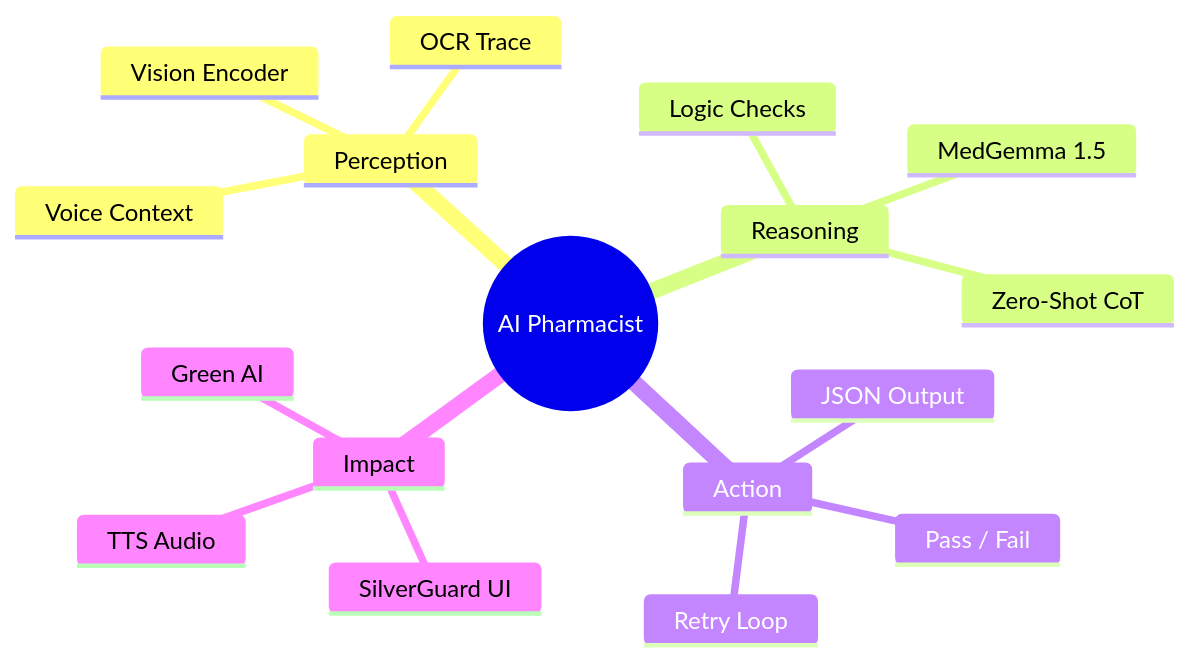
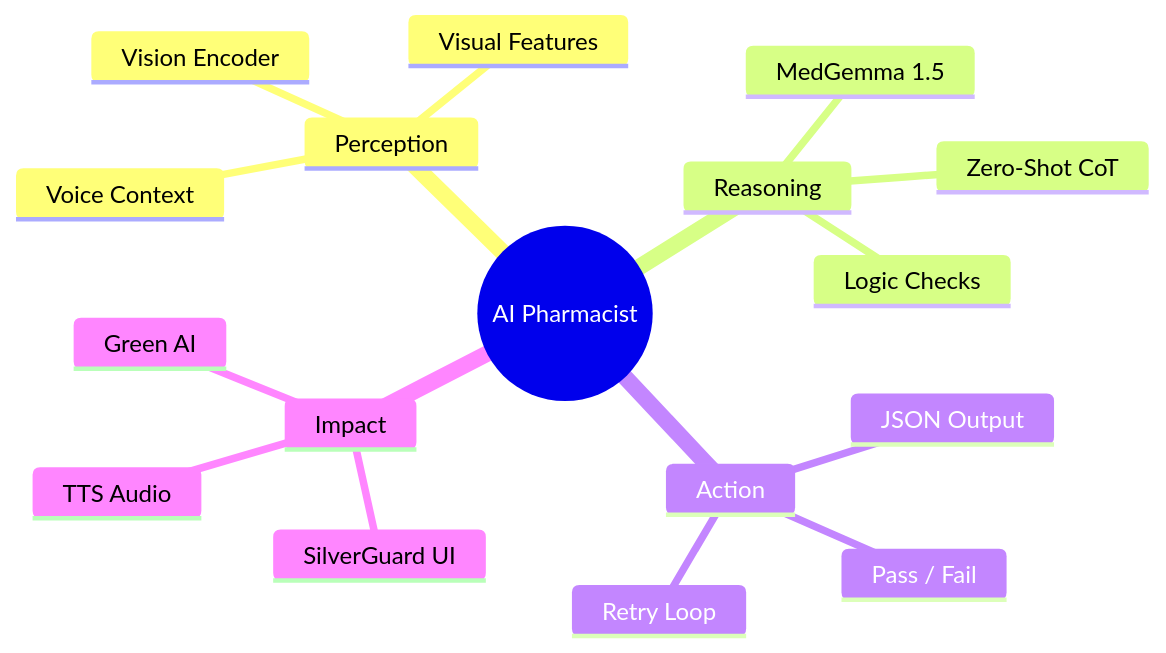
The first of 2 diagrams in README.md (mark941108/SilverGuard_CDS), drawn with Mermaid before and after one commit. The commit also changed other lines of this file, not shown here.

Commit message:
Docs: Verify & Align README with Code (Temp 0.2, OCR Terminology)

````diff
--- a/README.md
+++ b/README.md
@@ -257,20 +257,20 @@
 ```mermaid
 mindmap
   root((AI Pharmacist))
     Perception
       Vision Encoder
-      OCR Trace
+      Visual Features
       Voice Context
     Reasoning
       MedGemma 1.5
       Zero-Shot CoT
       Logic Checks
     Action
       JSON Output
       Pass / Fail
       Retry Loop
     Impact
       SilverGuard UI
       TTS Audio
       Green AI
 ```
````
